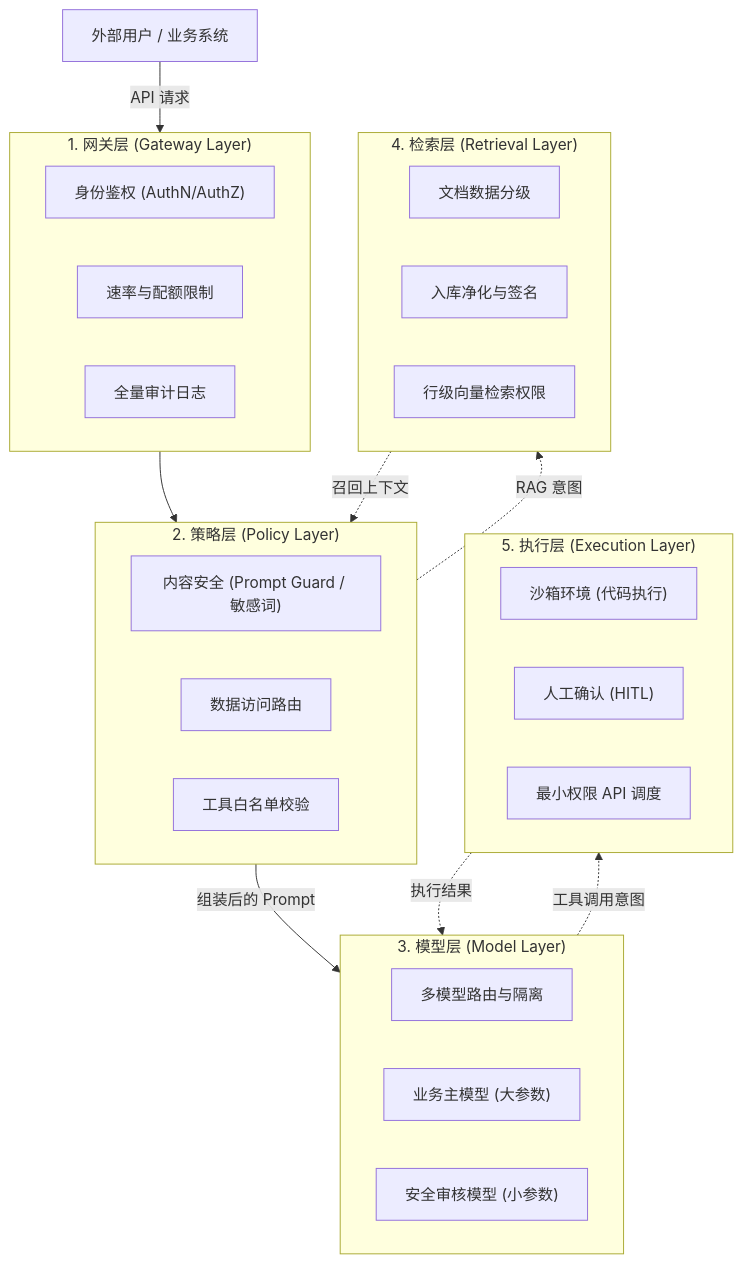
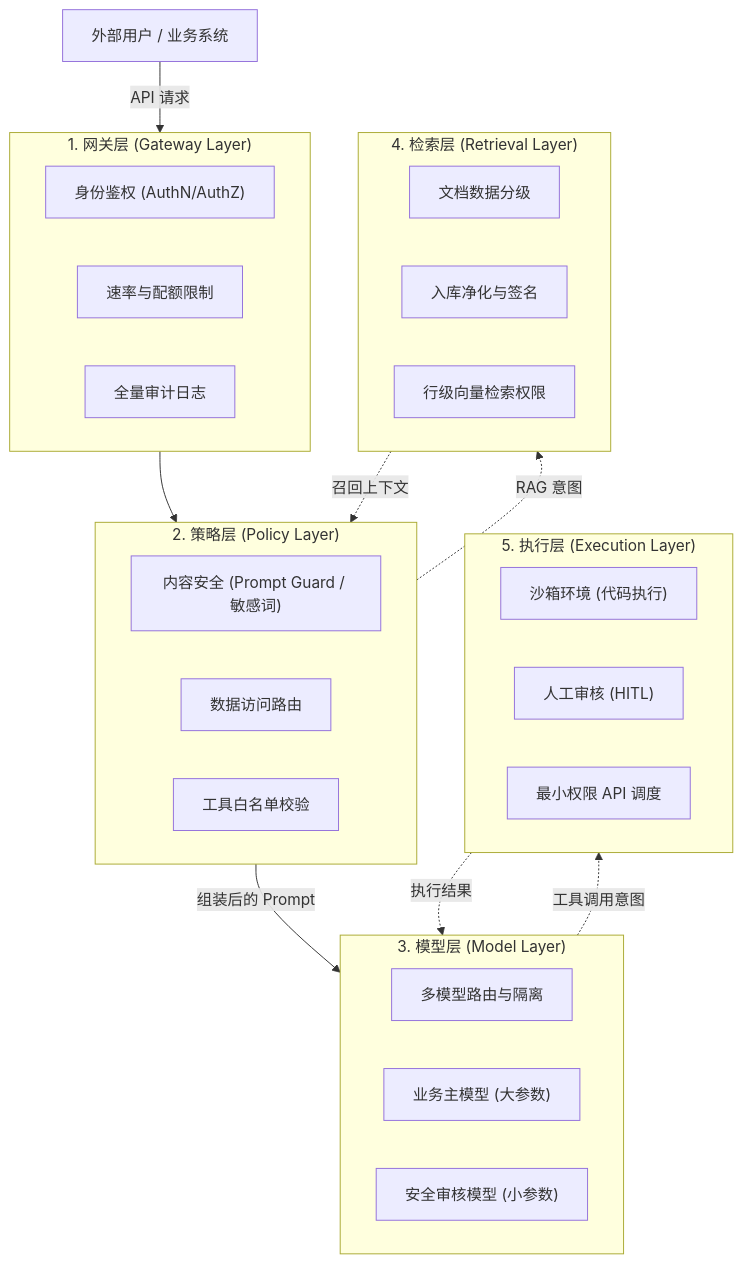
One commit to yeasy/ai_security_guide changed the first of 7 diagrams in 08_architecture/8.2_architecture_patterns.md. Above: the diagram before and after it, drawn with Mermaid. The commit also changed other lines of this file and 6 other files, not shown here.

First line of the commit message:
统一术语：HITL 中文译名规范为「人工审核」（10 处）

````diff
--- a/08_architecture/8.2_architecture_patterns.md
+++ b/08_architecture/8.2_architecture_patterns.md
@@ -11,45 +11,45 @@
 ```mermaid
 flowchart TB
     User["外部用户 / 业务系统"]
 
     subgraph L1 ["1. 网关层 (Gateway Layer)"]
         G_Auth["身份鉴权 (AuthN/AuthZ)"]
         G_Rate["速率与配额限制"]
         G_Audit["全量审计日志"]
     end
 
     subgraph L2 ["2. 策略层 (Policy Layer)"]
         P_Content["内容安全 (Prompt Guard / 敏感词)"]
         P_Access["数据访问路由"]
         P_Tool["工具白名单校验"]
     end
 
     subgraph L3 ["3. 模型层 (Model Layer)"]
         M_Router["多模型路由与隔离"]
         M_Main["业务主模型 (大参数)"]
         M_Sec["安全审核模型 (小参数)"]
     end
 
     subgraph L4 ["4. 检索层 (Retrieval Layer)"]
         R_Classify["文档数据分级"]
         R_Clean["入库净化与签名"]
         R_RBAC["行级向量检索权限"]
     end
 
     subgraph L5 ["5. 执行层 (Execution Layer)"]
         E_Sandbox["沙箱环境 (代码执行)"]
-        E_HITL["人工确认 (HITL)"]
+        E_HITL["人工审核 (HITL)"]
         E_LeastPriv["最小权限 API 调度"]
     end
 
     User -->|API 请求| L1
     L1 --> L2
 
     L2 -.->|RAG 意图| L4
     L4 -.->|召回上下文| L2
 
     L2 -->|组装后的 Prompt| L3
 
     L3 -.->|工具调用意图| L5
     L5 -.->|执行结果| L3
 ```
````
